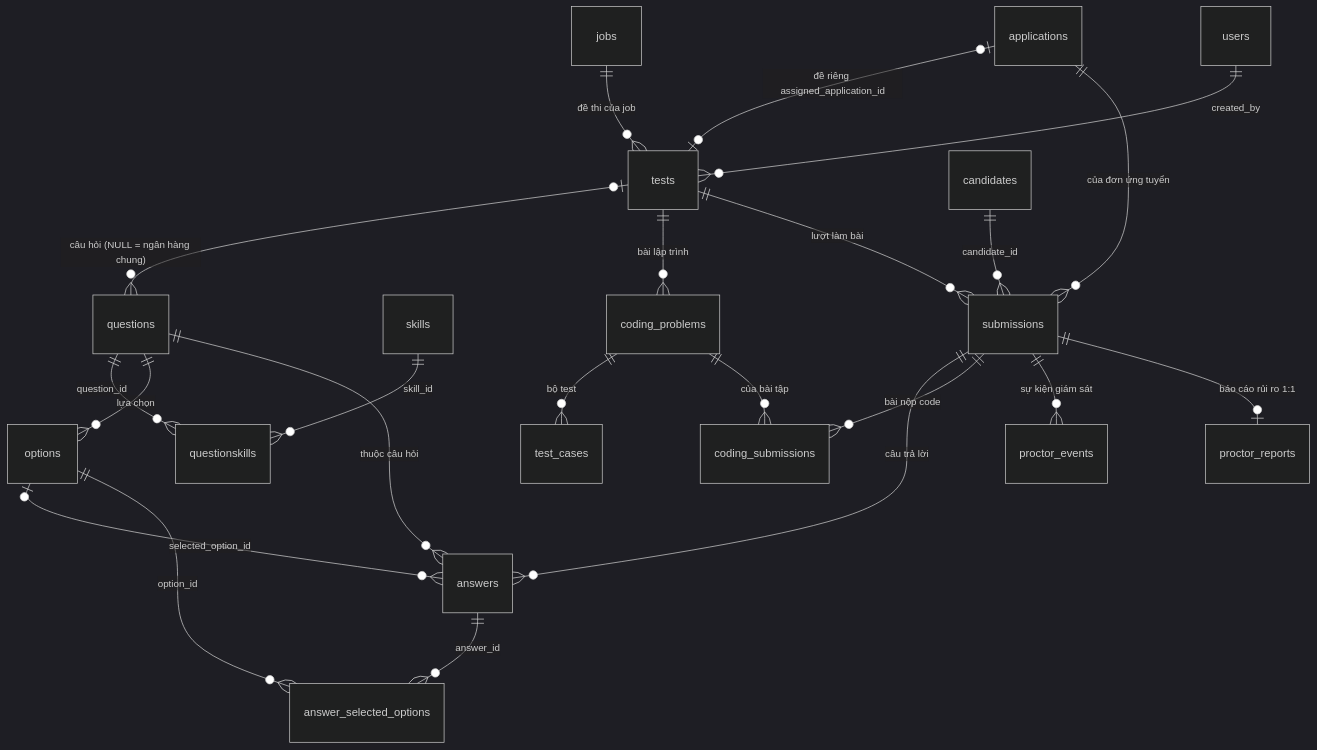
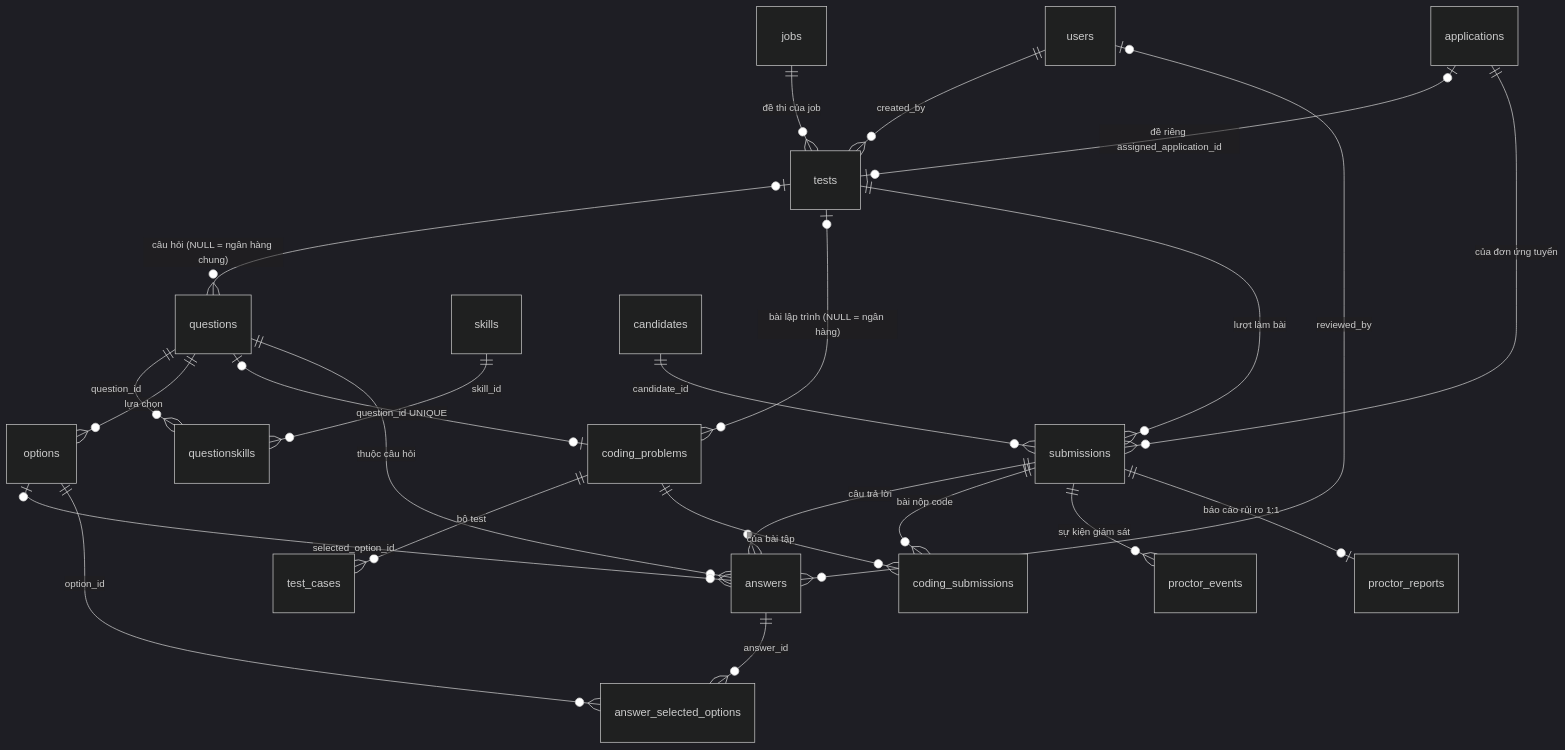
The seventh of 11 diagrams in docs/database/README.md (hieupnh12/SmartHire-AI), drawn with Mermaid (dark theme) before and after one commit. The commit also changed other lines of this file and 61 other files, not shown here.

````diff
--- a/docs/database/README.md
+++ b/docs/database/README.md
@@ -525,28 +528,30 @@
 ```mermaid
 erDiagram
     jobs ||--o{ tests : "đề thi của job"
     applications |o--o| tests : "đề riêng assigned_application_id"
     users ||--o{ tests : "created_by"
     tests |o--o{ questions : "câu hỏi (NULL = ngân hàng chung)"
     questions ||--o{ questionskills : "question_id"
     skills ||--o{ questionskills : "skill_id"
     questions ||--o{ options : "lựa chọn"
-    tests ||--o{ coding_problems : "bài lập trình"
+    tests |o--o{ coding_problems : "bài lập trình (NULL = ngân hàng)"
+    questions |o--o| coding_problems : "question_id UNIQUE"
+    users |o--o{ answers : "reviewed_by"
     coding_problems ||--o{ test_cases : "bộ test"
 
     tests ||--o{ submissions : "lượt làm bài"
     applications ||--o{ submissions : "của đơn ứng tuyển"
     candidates ||--o{ submissions : "candidate_id"
 
     submissions ||--o{ answers : "câu trả lời"
     questions ||--o{ answers : "thuộc câu hỏi"
     options |o--o{ answers : "selected_option_id"
     answers ||--o{ answer_selected_options : "answer_id"
     options ||--o{ answer_selected_options : "option_id"
 
     submissions ||--o{ coding_submissions : "bài nộp code"
     coding_problems ||--o{ coding_submissions : "của bài tập"
 
     submissions ||--o{ proctor_events : "sự kiện giám sát"
     submissions ||--o| proctor_reports : "báo cáo rủi ro 1:1"
 ```
````
